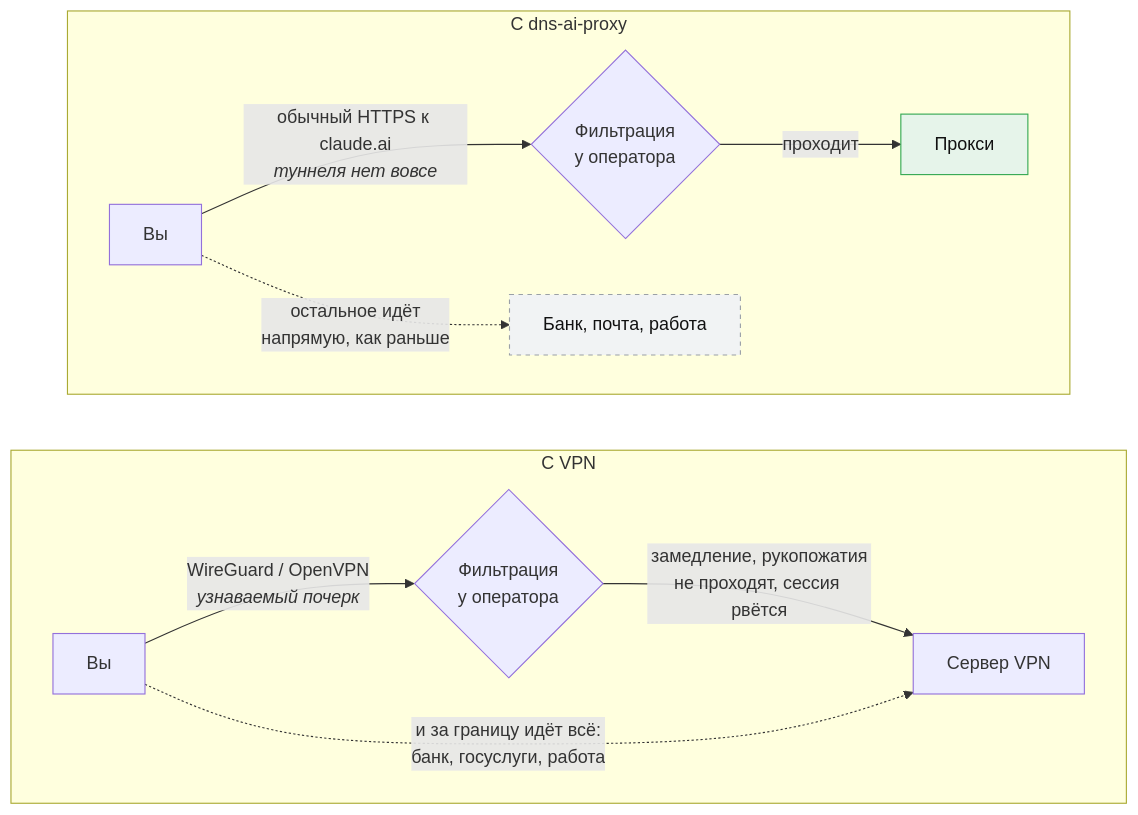
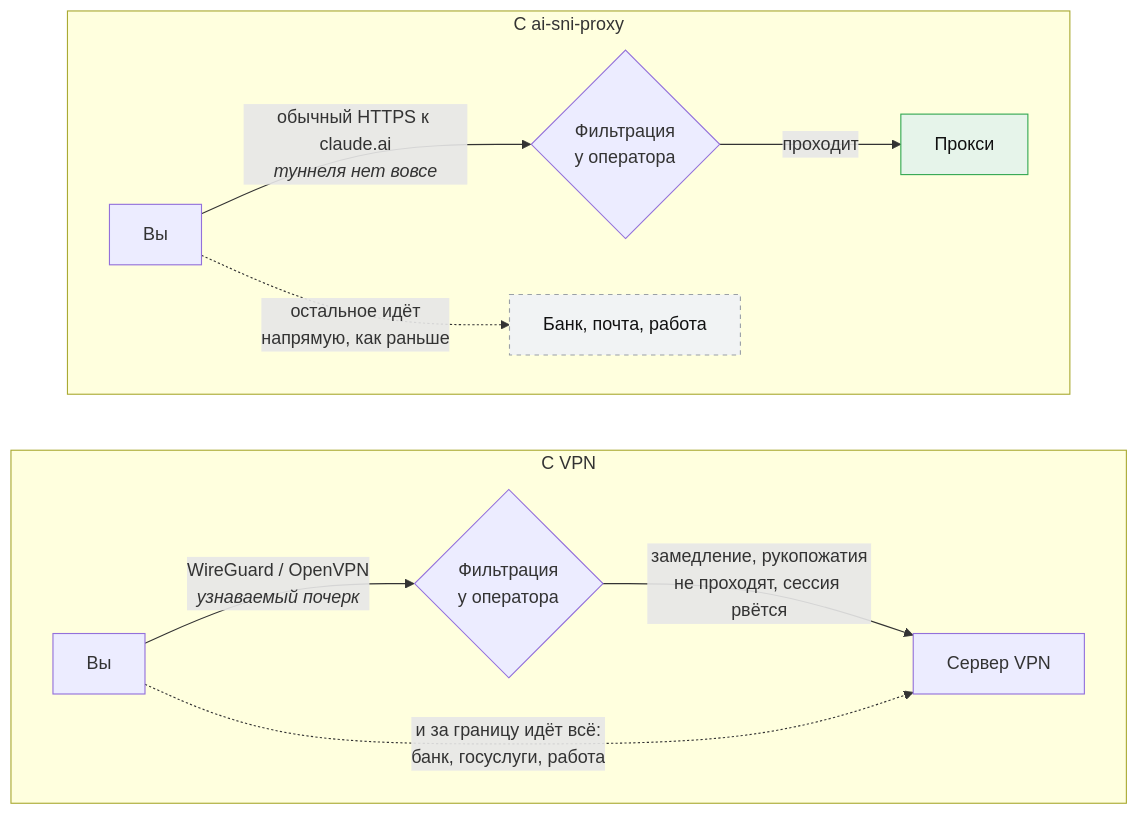
The second of 4 diagrams in README.md (SteepMans/ai-sni-proxy), drawn with Mermaid before and after one commit. The commit also changed other lines of this file and 16 other files, not shown here.

Commit message:
Rename the project to ai-sni-proxy: it routes by SNI and runs no DNS server

````diff
--- a/README.md
+++ b/README.md
@@ -52,19 +57,19 @@
 ```mermaid
 flowchart LR
     subgraph V["С VPN"]
         direction LR
         U1["Вы"] -->|"WireGuard / OpenVPN<br/><i>узнаваемый почерк</i>"| T1{"Фильтрация<br/>у оператора"}
         T1 -->|"замедление, рукопожатия<br/>не проходят, сессия рвётся"| S1["Сервер VPN"]
         U1 -.->|"и за границу идёт всё:<br/>банк, госуслуги, работа"| S1
     end
 
-    subgraph D["С dns-ai-proxy"]
+    subgraph D["С ai-sni-proxy"]
         direction LR
         U2["Вы"] -->|"обычный HTTPS к claude.ai<br/><i>туннеля нет вовсе</i>"| T2{"Фильтрация<br/>у оператора"}
         T2 -->|"проходит"| S2["Прокси"]
         U2 -.->|"остальное идёт<br/>напрямую, как раньше"| O2["Банк, почта, работа"]
     end
 
     style S2 fill:#e6f4ea,stroke:#34a853,color:#111
     style O2 fill:#f1f3f4,stroke:#9aa0a6,color:#111,stroke-dasharray: 4 4
 ```
````
